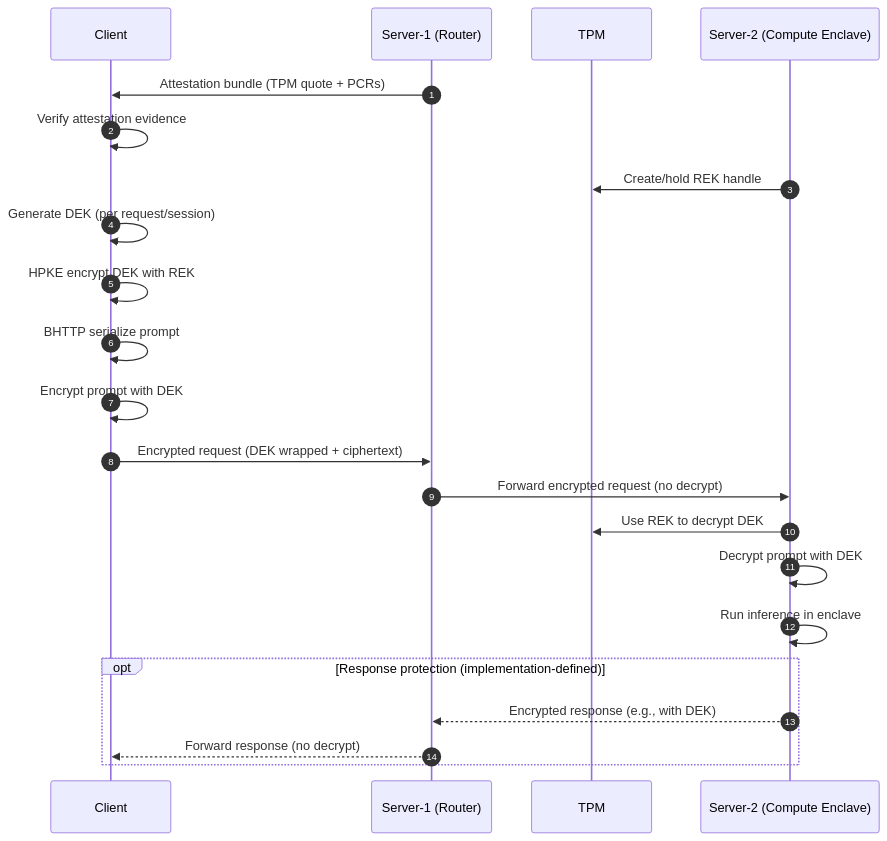
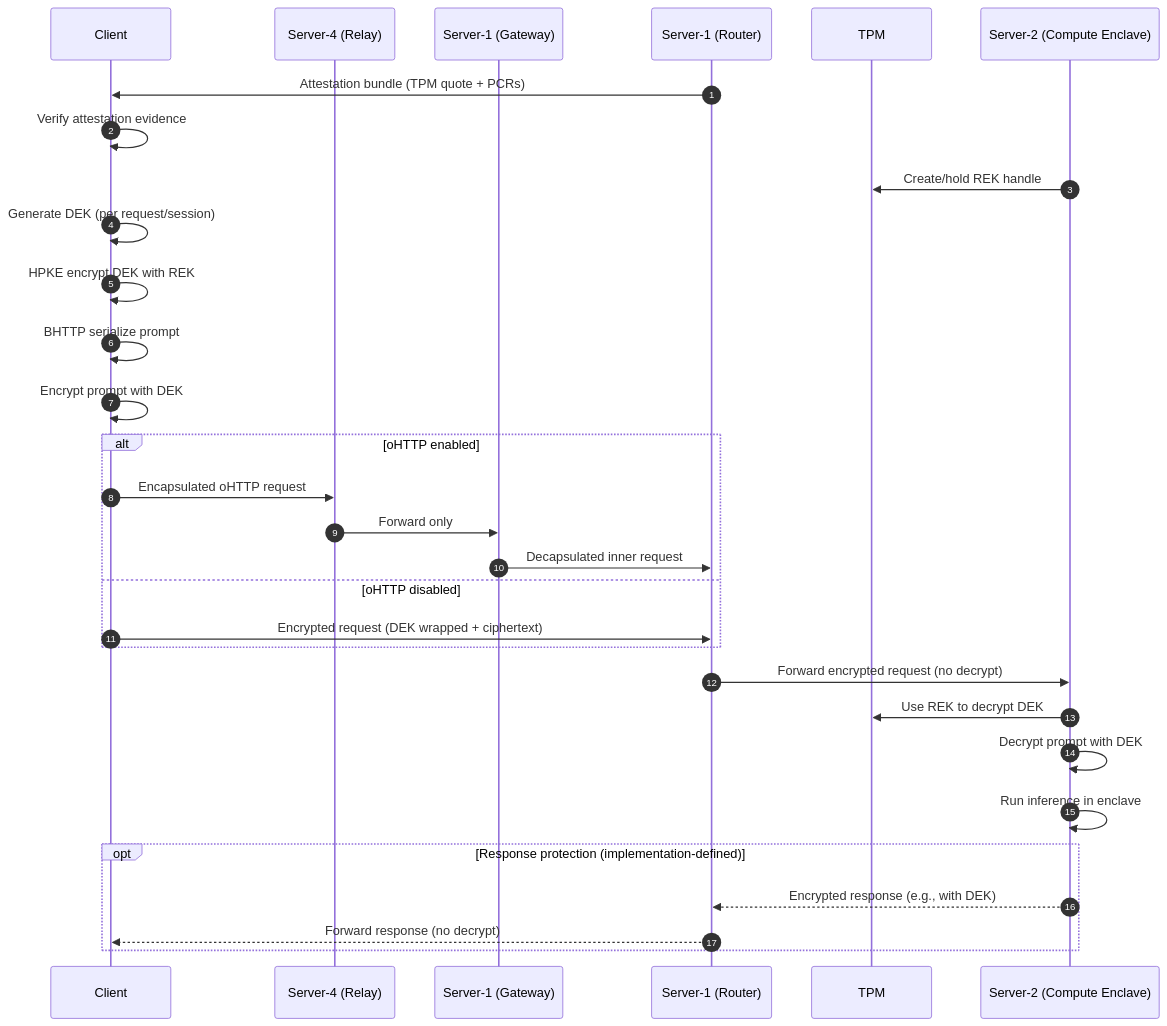
One commit to nnstreamer/hybrid changed the diagram in HOW_PRIVACY_IS_PRESERVED.md. Above: the diagram before and after it, drawn with Mermaid. The commit also changed other lines of this file and 9 other files, not shown here.

````diff
--- a/HOW_PRIVACY_IS_PRESERVED.md
+++ b/HOW_PRIVACY_IS_PRESERVED.md
@@ -52,29 +58,37 @@
 ```mermaid
 sequenceDiagram
   autonumber
   participant Client
+  participant Relay as Server-4 (Relay)
+  participant Gateway as Server-1 (Gateway)
   participant Router as Server-1 (Router)
   participant TPM
   participant Enclave as Server-2 (Compute Enclave)
 
   Router->>Client: Attestation bundle (TPM quote + PCRs)
   Client->>Client: Verify attestation evidence
 
   Enclave->>TPM: Create/hold REK handle
   Client->>Client: Generate DEK (per request/session)
   Client->>Client: HPKE encrypt DEK with REK
   Client->>Client: BHTTP serialize prompt
   Client->>Client: Encrypt prompt with DEK
 
-  Client->>Router: Encrypted request (DEK wrapped + ciphertext)
+  alt oHTTP enabled
+    Client->>Relay: Encapsulated oHTTP request
+    Relay->>Gateway: Forward only
+    Gateway->>Router: Decapsulated inner request
+  else oHTTP disabled
+    Client->>Router: Encrypted request (DEK wrapped + ciphertext)
+  end
   Router->>Enclave: Forward encrypted request (no decrypt)
 
   Enclave->>TPM: Use REK to decrypt DEK
   Enclave->>Enclave: Decrypt prompt with DEK
   Enclave->>Enclave: Run inference in enclave
 
   opt Response protection (implementation-defined)
     Enclave-->>Router: Encrypted response (e.g., with DEK)
     Router-->>Client: Forward response (no decrypt)
   end
 ```
````
